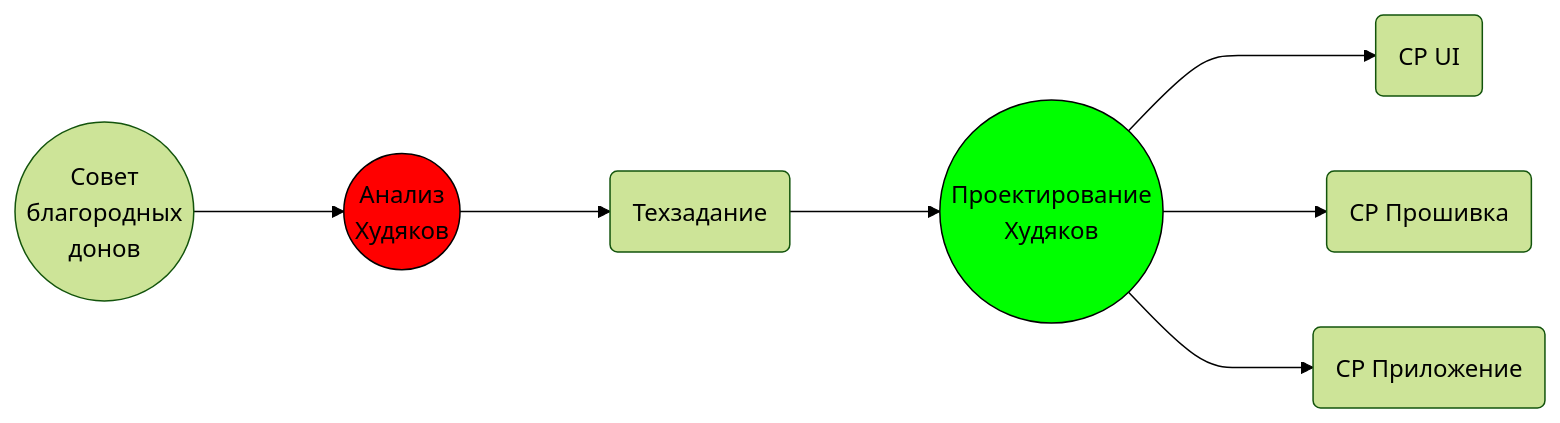
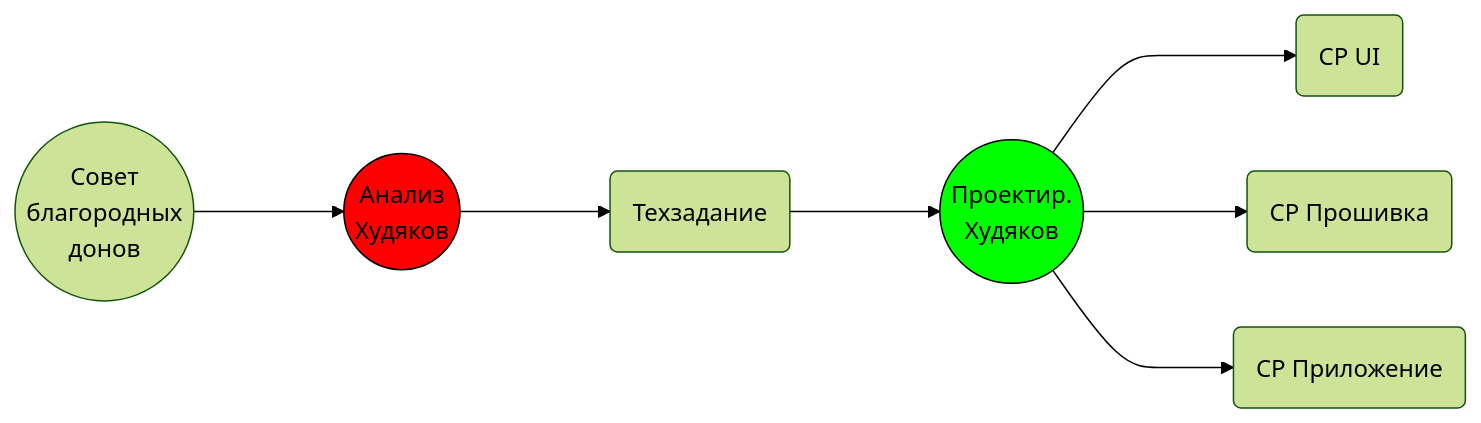
One commit to KhudyakovAlex/Synapse changed the diagram in Project/process.md. Above: the diagram before and after it, drawn with Mermaid (forest theme). The commit also changed 3 other files, not shown here.

````diff
--- a/Project/process.md
+++ b/Project/process.md
@@ -3,22 +3,22 @@
 ```mermaid
 flowchart LR
     SBD((Совет<br>благородных<br>донов))
     ANAL((Анализ<br>Худяков))
     PRD( Техзадание )
-    PRO((Проектирование<br>Худяков))
+    PRO((Проектир.<br>Худяков))
     DSUI( СР UI )
     DSFW( СР Прошивка )
     DSAPP( СР Приложение )
 
     SBD ---> ANAL
     ANAL ---> PRD
     PRD ---> PRO
     PRO ---> DSUI
     PRO ---> DSFW
     PRO ---> DSAPP
 
     style ANAL fill:#F00,stroke:#000
     style PRO fill:#0F0,stroke:#000
 
     click PRD "https://khudyakovalex.github.io/Synapse/INDEX/PRD/SynapsePRD.html"
 ```
````
